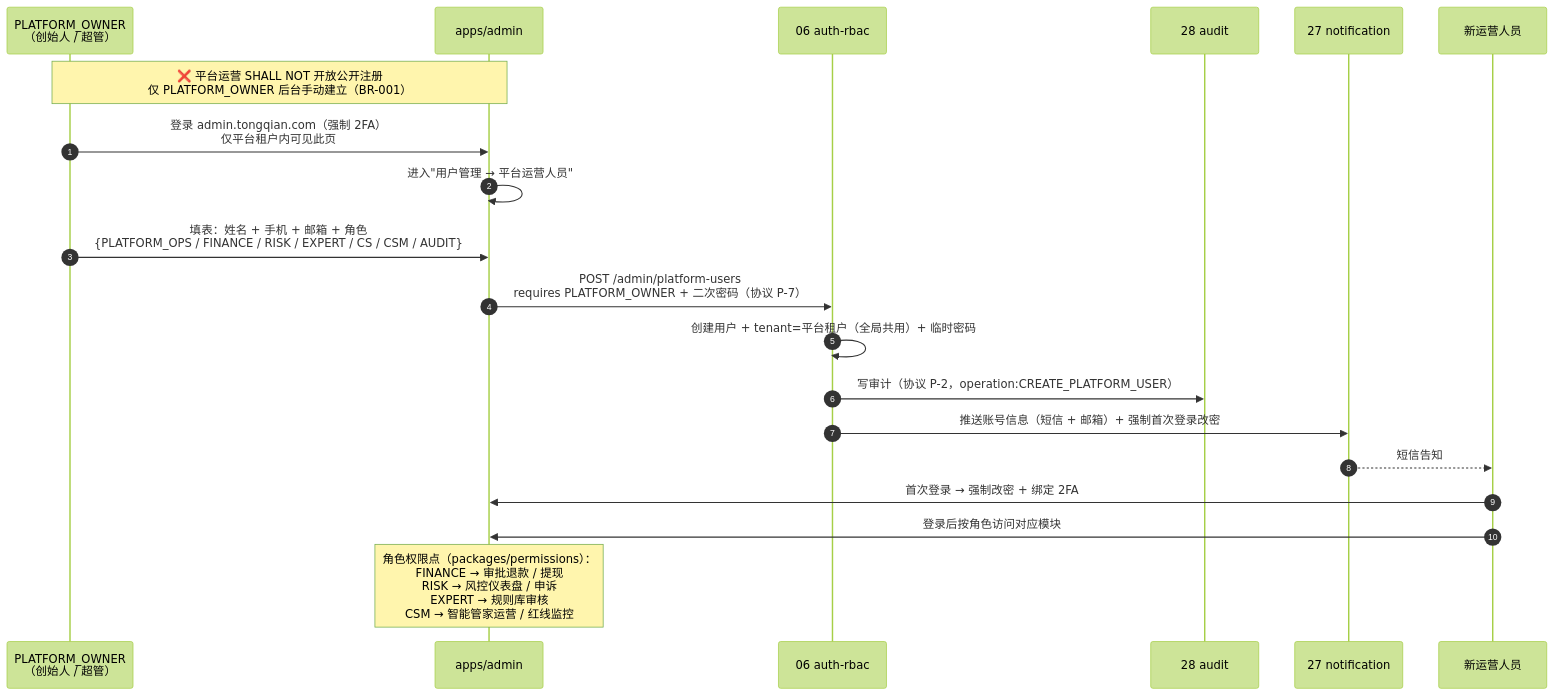
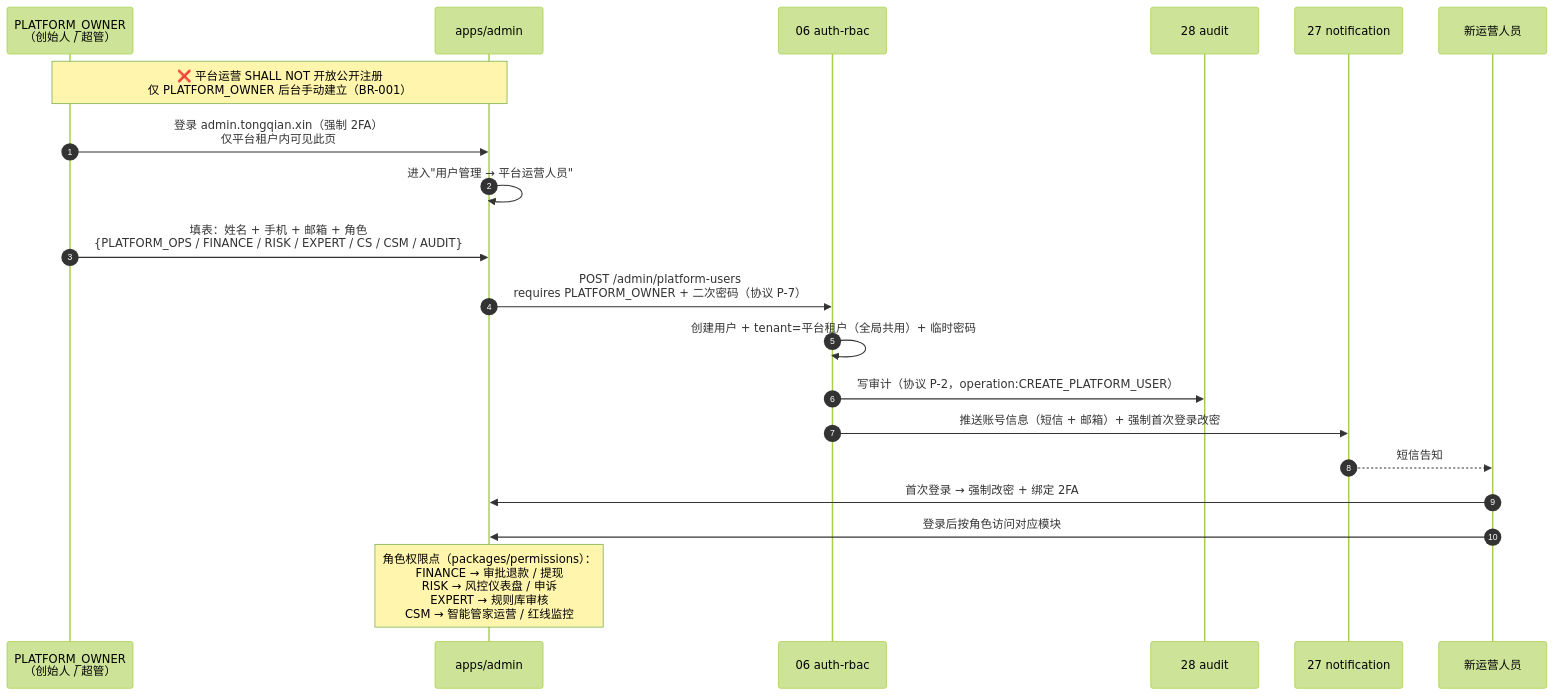
One commit to newshowkyo-crypto/tongqian-jianzhu-ai changed the fourth of 10 diagrams in .kiro/specs/00-project-overview/design-flows.md. Above: the diagram before and after it, drawn with Mermaid (forest theme). The commit also changed other lines of this file and 11 other files, not shown here.

Commit message:
chore: migrate to D:\tongqian + unify domain to tongqian.xin (.cn/.com unified, .io kept for marketing brand only)

````diff
--- a/.kiro/specs/00-project-overview/design-flows.md
+++ b/.kiro/specs/00-project-overview/design-flows.md
@@ -176,23 +176,23 @@
 ```mermaid
 sequenceDiagram
   autonumber
   participant SuperAdmin as PLATFORM_OWNER<br/>（创始人 / 超管）
   participant AdminApp as apps/admin
   participant Auth as 06 auth-rbac
   participant Audit as 28 audit
   participant Notif as 27 notification
   participant NewOp as 新运营人员
 
   Note over SuperAdmin,AdminApp: ❌ 平台运营 SHALL NOT 开放公开注册<br/>仅 PLATFORM_OWNER 后台手动建立（BR-001）
-  SuperAdmin->>AdminApp: 登录 admin.tongqian.com（强制 2FA）<br/>仅平台租户内可见此页
+  SuperAdmin->>AdminApp: 登录 admin.tongqian.xin（强制 2FA）<br/>仅平台租户内可见此页
   AdminApp->>AdminApp: 进入"用户管理 → 平台运营人员"
   SuperAdmin->>AdminApp: 填表：姓名 + 手机 + 邮箱 + 角色<br/>{PLATFORM_OPS / FINANCE / RISK / EXPERT / CS / CSM / AUDIT}
   AdminApp->>Auth: POST /admin/platform-users<br/>requires PLATFORM_OWNER + 二次密码（协议 P-7）
   Auth->>Auth: 创建用户 + tenant=平台租户（全局共用）+ 临时密码
   Auth->>Audit: 写审计（协议 P-2，operation:CREATE_PLATFORM_USER）
   Auth->>Notif: 推送账号信息（短信 + 邮箱）+ 强制首次登录改密
   Notif-->>NewOp: 短信告知
   NewOp->>AdminApp: 首次登录 → 强制改密 + 绑定 2FA
   NewOp->>AdminApp: 登录后按角色访问对应模块
   Note over AdminApp: 角色权限点（packages/permissions）：<br/>FINANCE → 审批退款 / 提现<br/>RISK → 风控仪表盘 / 申诉<br/>EXPERT → 规则库审核<br/>CSM → 智能管家运营 / 红线监控
 ```
````
